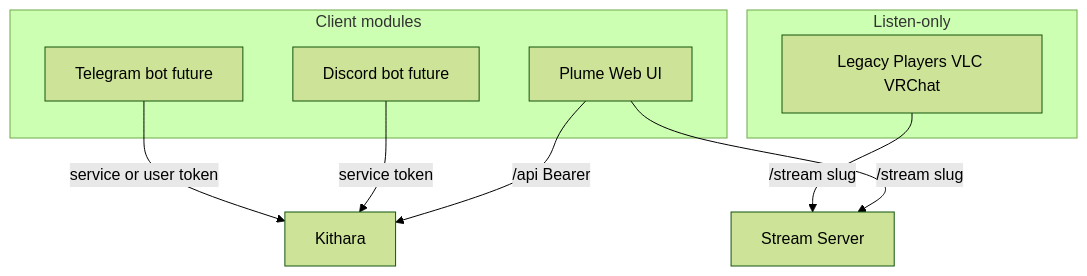
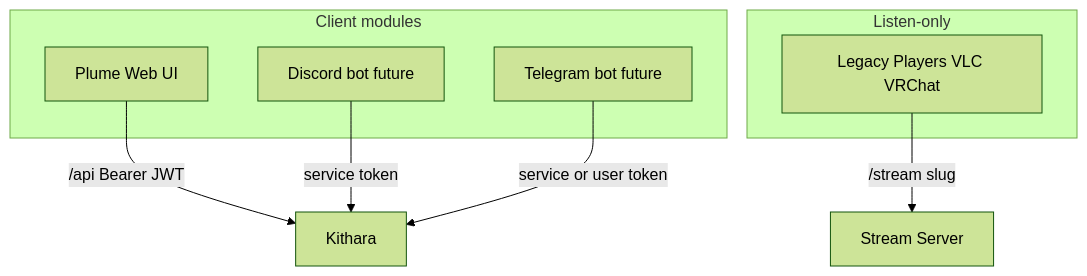
Before and after one commit to Bardie-radio/bardie-kithara: the diagram in docs/architecture/domains/clients.md, drawn with Mermaid (forest theme). The commit also changed other lines of this file and 37 other files, not shown here.

Commit message:
Refactor architecture documentation to clarify audio processing and module interactions.

````diff
--- a/docs/architecture/domains/clients.md
+++ b/docs/architecture/domains/clients.md
@@ -3,16 +3,15 @@
 ```mermaid
 flowchart TB
   subgraph clients [Client modules]
     Plume[Plume Web UI]
     Discord[Discord bot future]
     Telegram[Telegram bot future]
   end
   subgraph listen [Listen-only]
     Players[Legacy Players VLC VRChat]
   end
-  Plume -->|/api Bearer| Kithara
+  Plume -->|/api Bearer JWT| Kithara
   Discord -->|service token| Kithara
   Telegram -->|service or user token| Kithara
-  Plume -->|/stream slug| StreamSrv[Stream Server]
-  Players -->|/stream slug| StreamSrv
+  Players -->|/stream slug| StreamSrv[Stream Server]
 ```
````
